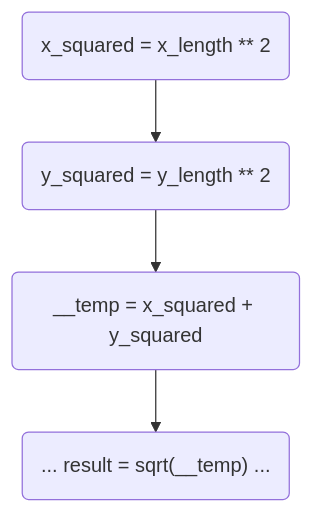
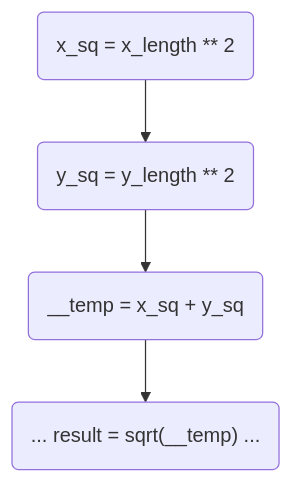
One commit to pythonspeed/low-level-performance-book changed the first of 2 diagrams in book/part_3_mechanical_sympathy/010_instruction_level_parallelism.qmd. Above: the diagram before and after it, drawn with Mermaid. The commit also changed other lines of this file and 7 other files, not shown here.

````diff
--- a/book/part_3_mechanical_sympathy/010_instruction_level_parallelism.qmd
+++ b/book/part_3_mechanical_sympathy/010_instruction_level_parallelism.qmd
@@ -37,6 +38,6 @@
 ```{mermaid}
 flowchart TD
- A("x_squared = x_length ** 2") --> B("y_squared = y_length ** 2")
- B --> C("__temp = x_squared + y_squared")
+ A("x_sq = x_length ** 2") --> B("y_sq = y_length ** 2")
+ B --> C("__temp = x_sq + y_sq")
  C --> D("... result = sqrt(__temp) ...")
 ```
````
